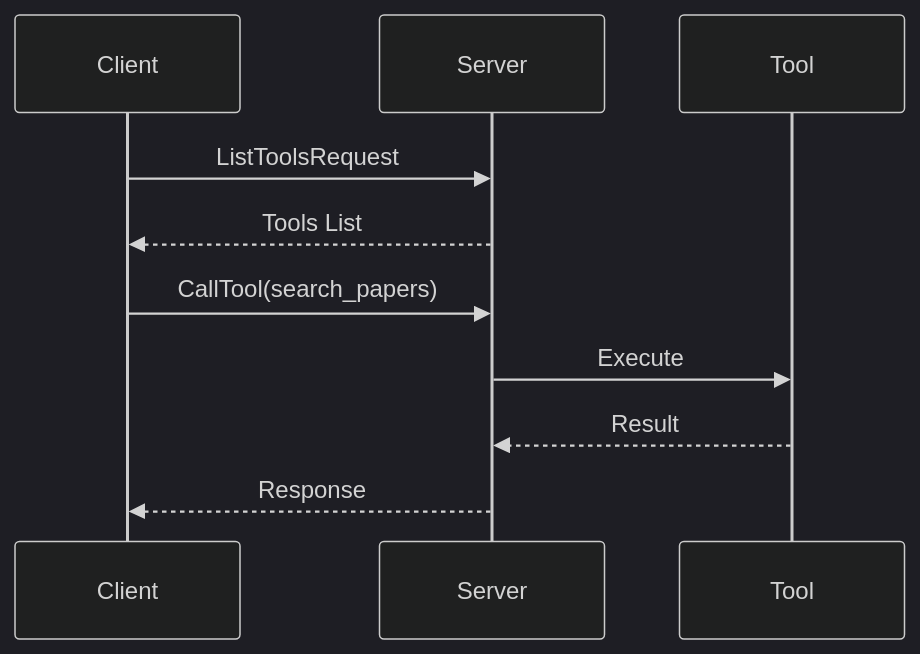
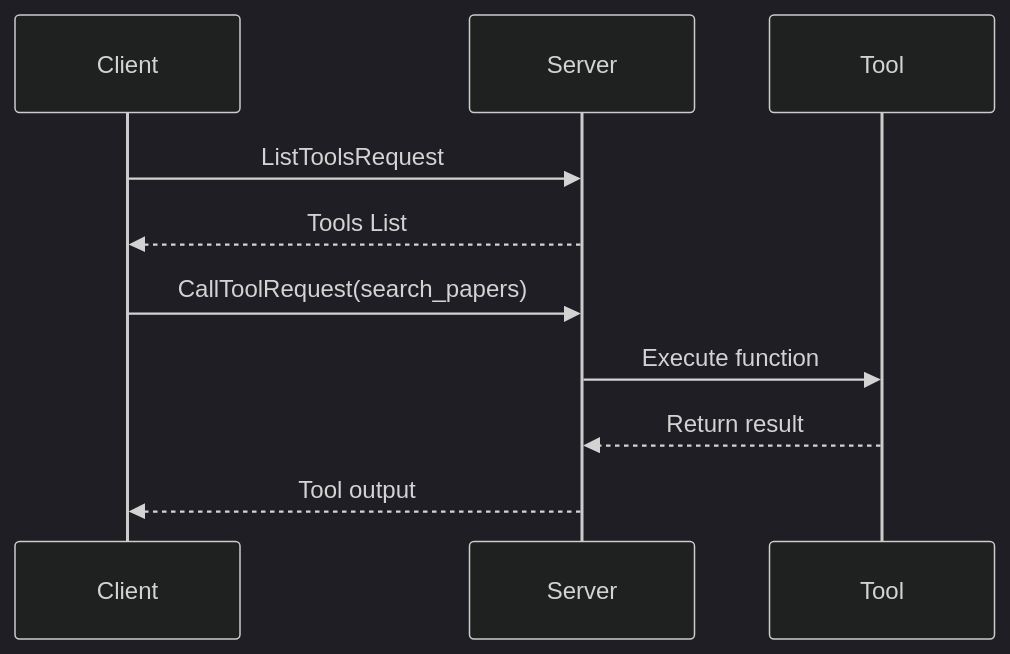
The fourth of 5 diagrams in MCPBuildRichContextAIAppsAnthropic.md (sajinvk/Data), drawn with Mermaid (dark theme) before and after one commit. The commit also changed other lines of this file, not shown here.

````diff
--- a/MCPBuildRichContextAIAppsAnthropic.md
+++ b/MCPBuildRichContextAIAppsAnthropic.md
@@ -755,18 +900,14 @@
 ```mermaid
-
-
 sequenceDiagram
     participant Client
     participant Server
     participant Tool
 
     Client->>Server: ListToolsRequest
     Server-->>Client: Tools List
-    
-    Client->>Server: CallTool(search_papers)
-    Server->>Tool: Execute
-    Tool-->>Server: Result
-    Server-->>Client: Response
 
-
+    Client->>Server: CallToolRequest(search_papers)
+    Server->>Tool: Execute function
+    Tool-->>Server: Return result
+    Server-->>Client: Tool output
 ```
````
